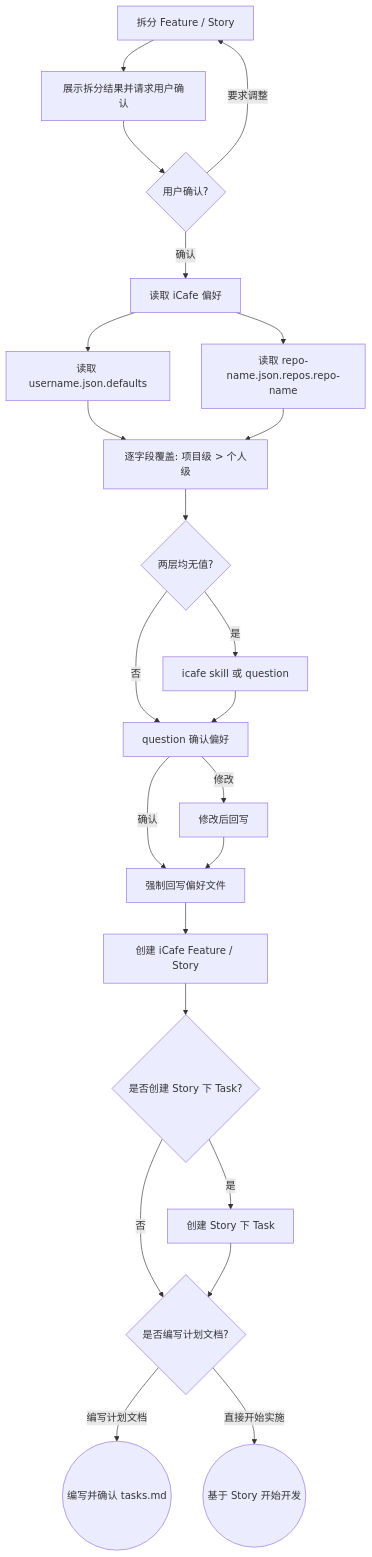
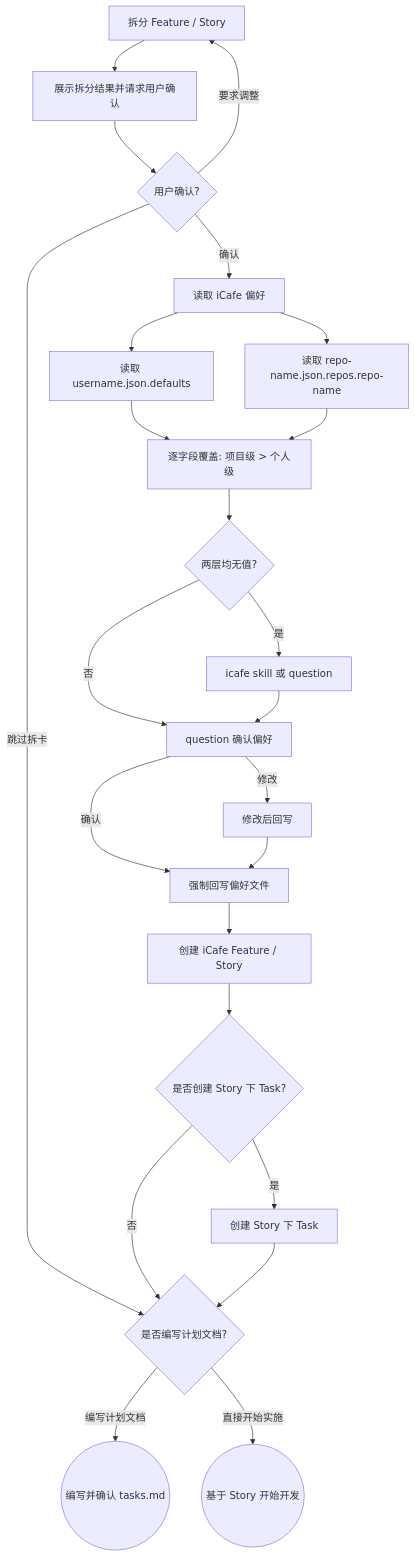
Before and after one commit to BaiduComate/mission-flow: the diagram in skills/split/SKILL.md, drawn with Mermaid. The commit also changed other lines of this file, not shown here.

````diff
--- a/skills/split/SKILL.md
+++ b/skills/split/SKILL.md
@@ -226,25 +232,26 @@
 ```mermaid
 flowchart TD
     B[拆分 Feature / Story] --> C[展示拆分结果并请求用户确认]
     C --> D{用户确认?}
     D -->|要求调整| B
     D -->|确认| E[读取 iCafe 偏好]
+    D -->|跳过拆卡| G
     E --> P1[读取 username.json.defaults]
     E --> P2[读取 repo-name.json.repos.repo-name]
     P1 --> M[逐字段覆盖: 项目级 > 个人级]
     P2 --> M
     M --> Q{两层均无值?}
     Q -->|是| R[icafe skill 或 question]
     Q -->|否| CONF[question 确认偏好]
     R --> CONF
     CONF -->|确认| WRITE[强制回写偏好文件]
     CONF -->|修改| EDIT[修改后回写]
     EDIT --> WRITE
     WRITE --> F[创建 iCafe Feature / Story]
     F --> T{是否创建 Story 下 Task?}
     T -->|是| U[创建 Story 下 Task]
     T -->|否| G{是否编写计划文档?}
     U --> G
     G -->|编写计划文档| H((编写并确认 tasks.md))
     G -->|直接开始实施| I((基于 Story 开始开发))
 ```
````
